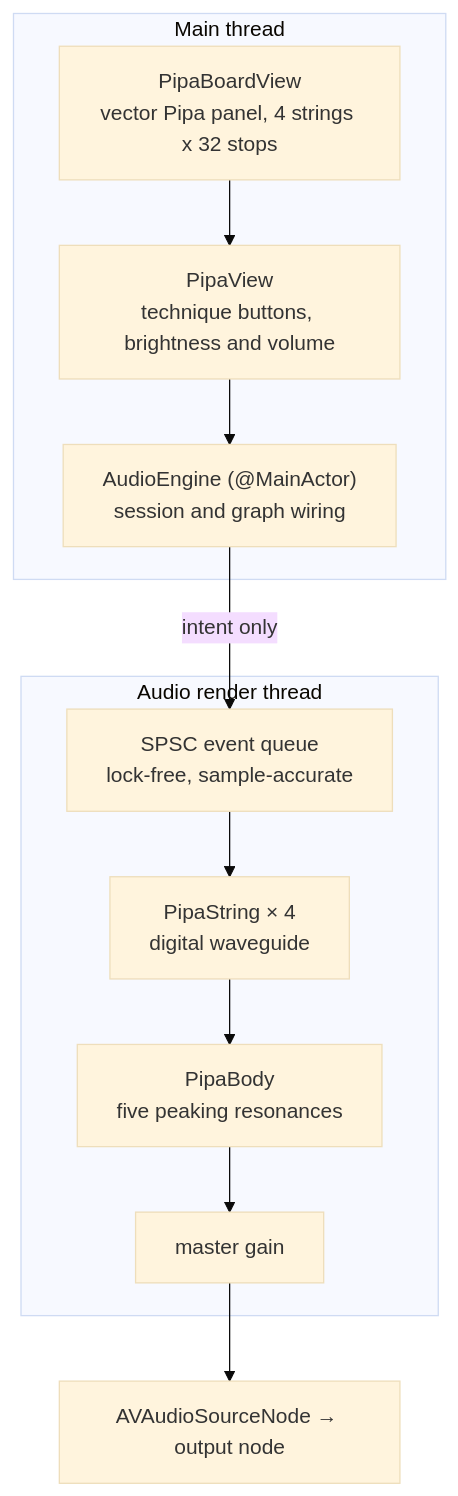
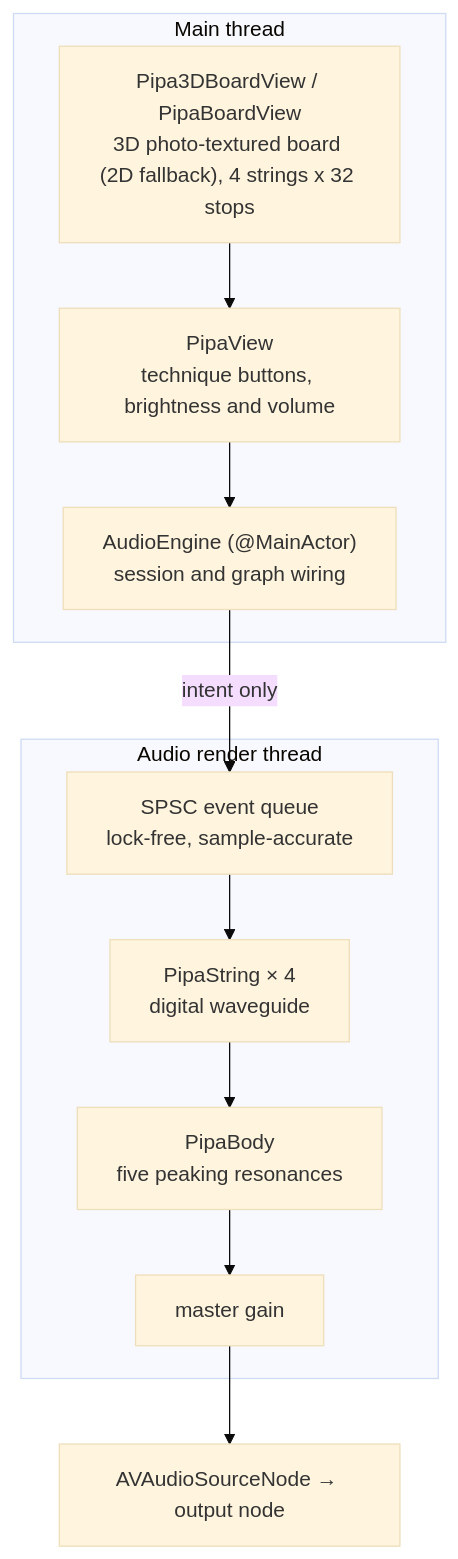
Before and after one commit to ZehuiWU2009/ElectricPipa: the first of 2 diagrams in README.md, drawn with Mermaid (base theme). The commit also changed other lines of this file and 9 other files, not shown here.

First line of the commit message:
Add a rotatable 3D instrument board, photo texture and real-device audio robustness

````diff
--- a/README.md
+++ b/README.md
@@ -104,21 +104,21 @@
 ```mermaid
 flowchart TB
     subgraph MAIN ["Main thread"]
-        U1["PipaBoardView<br/>vector Pipa panel, 4 strings x 32 stops"]
+        U1["Pipa3DBoardView / PipaBoardView<br/>3D photo-textured board (2D fallback), 4 strings x 32 stops"]
         U2["PipaView<br/>technique buttons, brightness and volume"]
         U3["AudioEngine (@MainActor)<br/>session and graph wiring"]
     end
     subgraph AUDIO ["Audio render thread"]
         Q["SPSC event queue<br/>lock-free, sample-accurate"]
         S1["PipaString × 4<br/>digital waveguide"]
         B["PipaBody<br/>five peaking resonances"]
         G["master gain"]
     end
     U1 --> U2
     U2 --> U3
     U3 -->|"intent only"| Q
     Q --> S1
     S1 --> B
     B --> G
     G --> OUT["AVAudioSourceNode → output node"]
 ```
````
